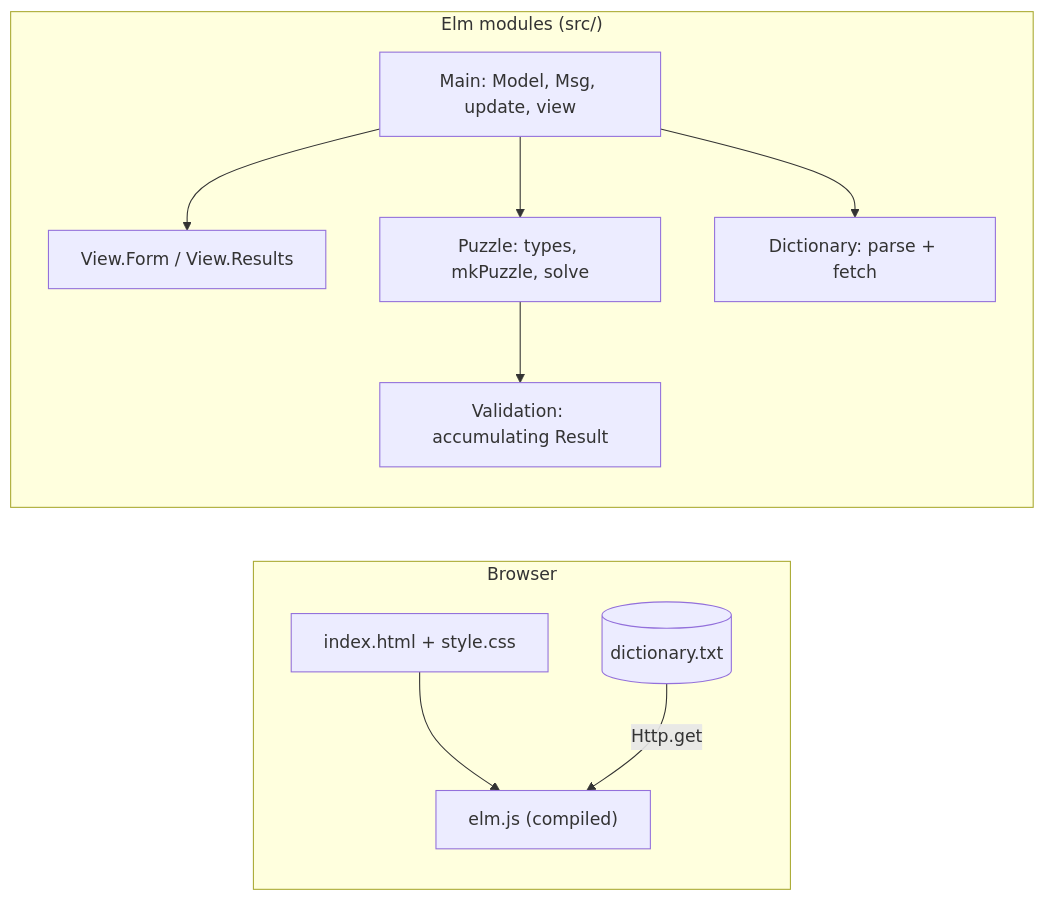
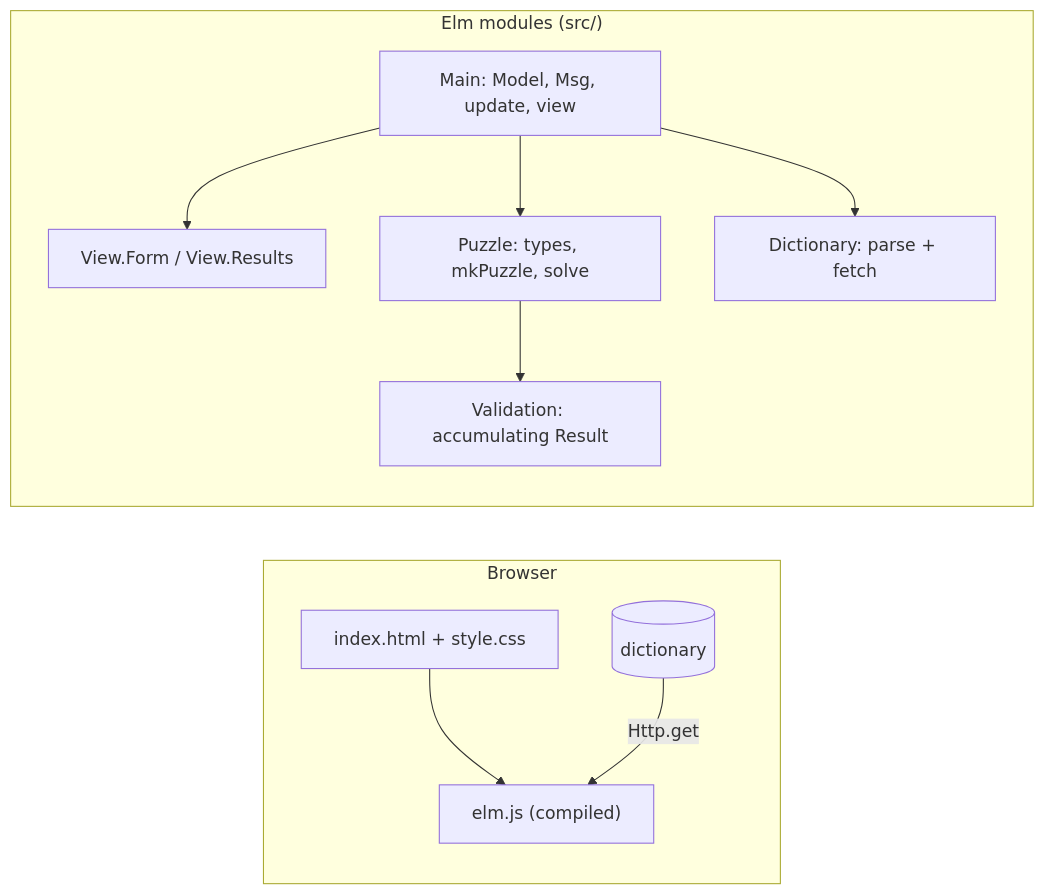
The diagram in docs/REQ-001-word-puzzle-solver.md (frankhjung/elm-wordpuzzle), drawn with Mermaid before and after one commit. The commit also changed other lines of this file and 13 other files, not shown here.

````diff
--- a/docs/REQ-001-word-puzzle-solver.md
+++ b/docs/REQ-001-word-puzzle-solver.md
@@ -81,18 +87,18 @@
 ```mermaid
 flowchart LR
   subgraph Browser
     HTML["index.html + style.css"] --> JS["elm.js (compiled)"]
-    DICT[("dictionary.txt")] -->|"Http.get"| JS
+    DICT[("dictionary")] -->|"Http.get"| JS
   end
   subgraph "Elm modules (src/)"
     Main["Main: Model, Msg, update, view"]
     View["View.Form / View.Results"]
     Puzzle["Puzzle: types, mkPuzzle, solve"]
     Validation["Validation: accumulating Result"]
     Dictionary["Dictionary: parse + fetch"]
   end
   Main --> View
   Main --> Puzzle
   Main --> Dictionary
   Puzzle --> Validation
 ```
````
